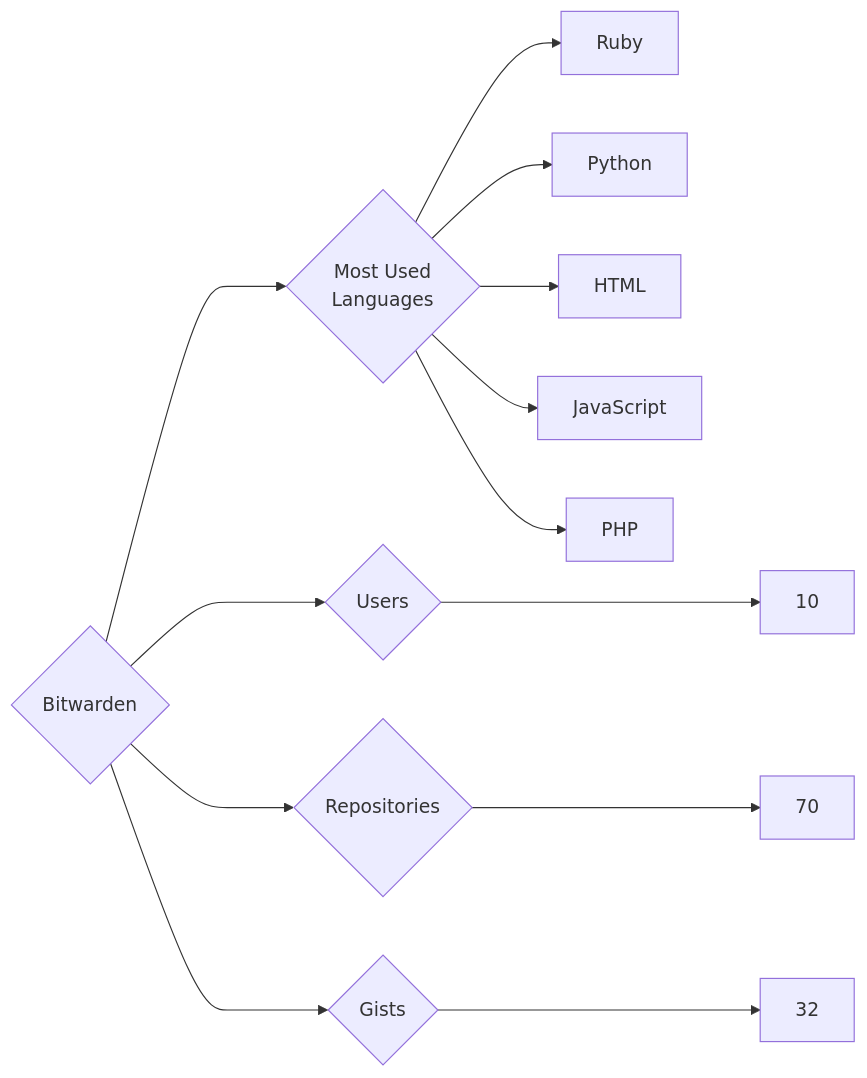
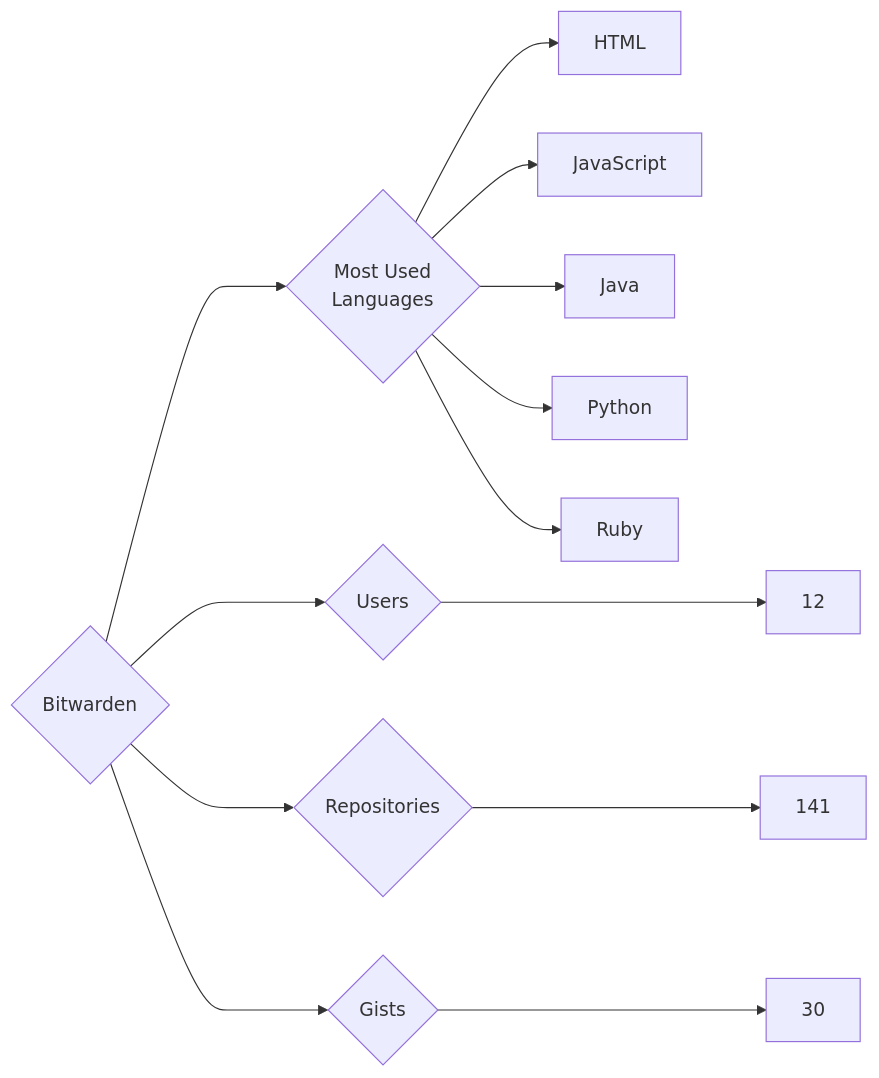
Before and after one commit to trickest/insiders: the diagram in targets/Bitwarden/README.md, drawn with Mermaid. The commit also changed 985 other files, not shown here.

````diff
--- a/targets/Bitwarden/README.md
+++ b/targets/Bitwarden/README.md
@@ -3,13 +3,13 @@
 ```mermaid
 graph LR
 COMPANY_NAME{Bitwarden}
-COMPANY_NAME ---> U{Users} ---> UN[10]
-COMPANY_NAME ---> R{Repositories} ---> RN[70]
-COMPANY_NAME ---> G{Gists} ---> GN[32]
+COMPANY_NAME ---> U{Users} ---> UN[12]
+COMPANY_NAME ---> R{Repositories} ---> RN[141]
+COMPANY_NAME ---> G{Gists} ---> GN[30]
 COMPANY_NAME ---> ML{Most Used<br>Languages}
-ML --> Ruby[Ruby]
-ML --> Python[Python]
 ML --> HTML[HTML]
 ML --> JavaScript[JavaScript]
-ML --> PHP[PHP]
+ML --> Java[Java]
+ML --> Python[Python]
+ML --> Ruby[Ruby]
 ```
````
